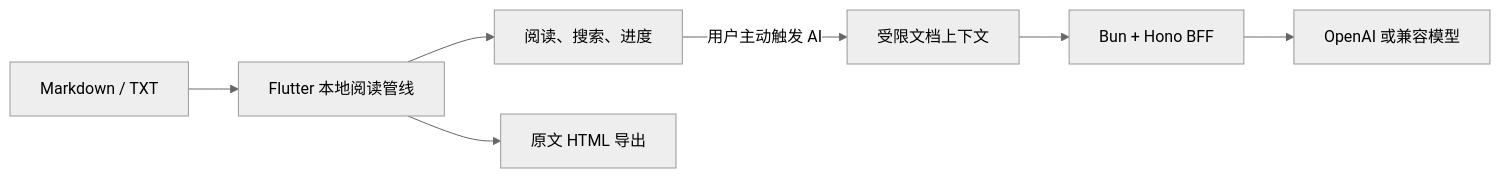
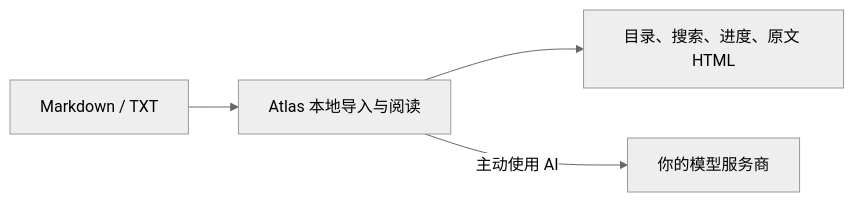
Before and after one commit to KlayPeter/Atlas: the diagram in README.md, drawn with Mermaid (neutral theme). The commit also changed other lines of this file and 12 other files, not shown here.

````diff
--- a/README.md
+++ b/README.md
@@ -75,9 +40,6 @@
 ```mermaid
 flowchart LR
-  A["Markdown / TXT"] --> B["Flutter 本地阅读管线"]
-  B --> C["阅读、搜索、进度"]
-  B --> D["原文 HTML 导出"]
-  C -->|"用户主动触发 AI"| E["受限文档上下文"]
-  E --> F["Bun + Hono BFF"]
-  F --> G["OpenAI 或兼容模型"]
+  A["Markdown / TXT"] --> B["Atlas 本地导入与阅读"]
+  B --> C["目录、搜索、进度、原文 HTML"]
+  B -->|"主动使用 AI"| D["你的模型服务商"]
 ```
````
